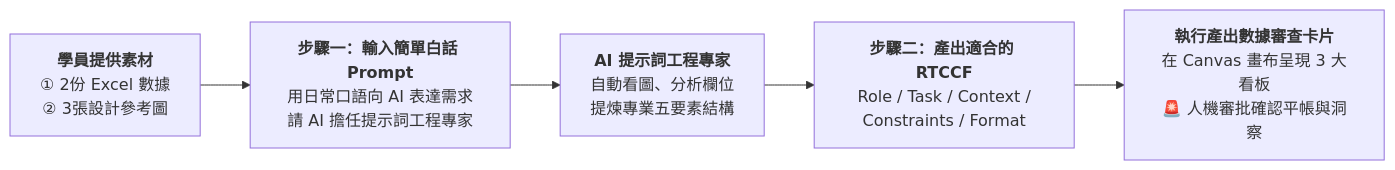
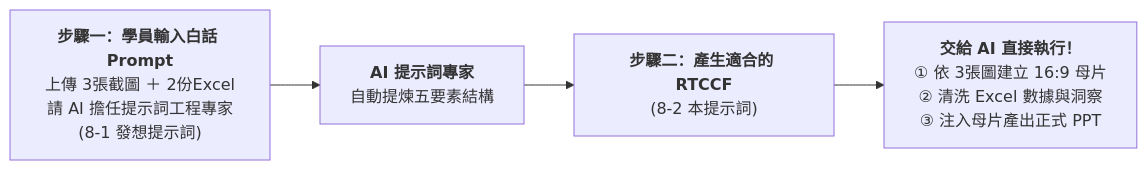
Before and after one commit to roberthsu2003/workflow-productivity: the diagram in 常見的AI應用/實戰範例/訂房月報統計與 PPT 自動化/8-2_AI產出之RTCCF營運指標與商業洞察提示詞.md, drawn with Mermaid. The commit also changed other lines of this file, not shown here.

````diff
--- a/常見的AI應用/實戰範例/訂房月報統計與 PPT 自動化/8-2_AI產出之RTCCF營運指標與商業洞察提示詞.md
+++ b/常見的AI應用/實戰範例/訂房月報統計與 PPT 自動化/8-2_AI產出之RTCCF營運指標與商業洞察提示詞.md
@@ -14,7 +15,6 @@
 ```mermaid
 flowchart LR
-    A["<b>學員提供素材</b><br/>① 2份 Excel 數據<br/>② 3張設計參考圖"] --> B["<b>步驟一：輸入簡單白話 Prompt</b><br/>用日常口語向 AI 表達需求<br/>請 AI 擔任提示詞工程專家"]
-    B --> C["<b>AI 提示詞工程專家</b><br/>自動看圖、分析欄位<br/>提煉專業五要素結構"]
-    C --> D["<b>步驟二：產出適合的 RTCCF</b><br/>Role / Task / Context /<br/>Constraints / Format"]
-    D --> E["<b>執行產出數據審查卡片</b><br/>在 Canvas 畫布呈現 3 大看板<br/>🚨 人機審批確認平帳與洞察"]
+    Step1["<b>步驟一：學員輸入白話 Prompt</b><br/>上傳 3張截圖 ＋ 2份Excel<br/>請 AI 擔任提示詞工程專家<br/>(8-1 發想提示詞)"] --> AIGen["<b>AI 提示詞專家</b><br/>自動提煉五要素結構"]
+    AIGen --> Step2["<b>步驟二：產生適合的 RTCCF</b><br/>(8-2 本提示詞)"]
+    Step2 --> Execute["<b>交給 AI 直接執行！</b><br/>① 依 3張圖建立 16:9 母片<br/>② 清洗 Excel 數據與洞察<br/>③ 注入母片產出正式 PPT"]
 ```
````
